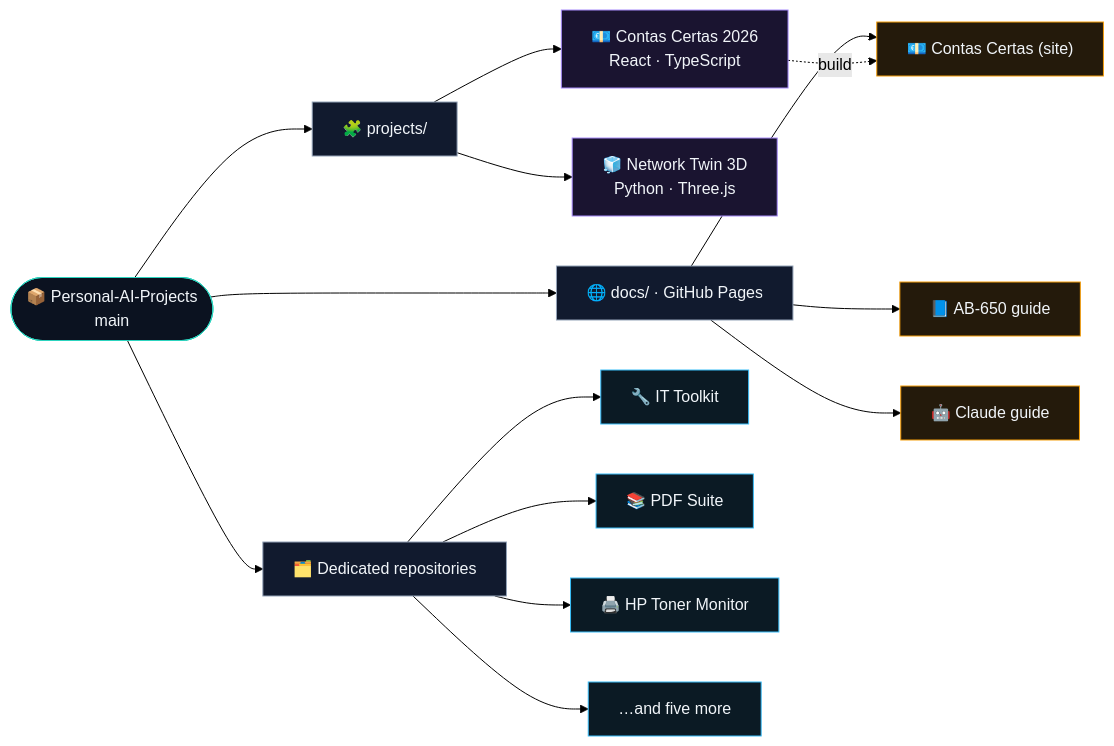
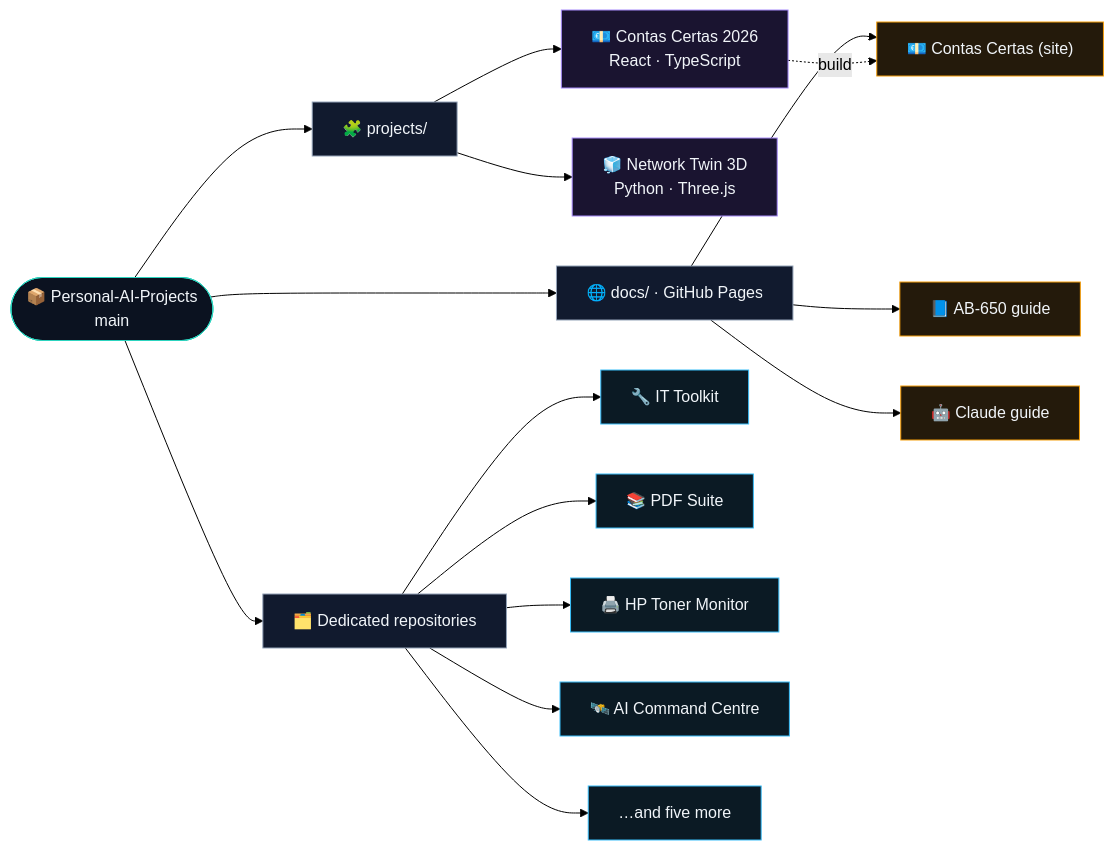
Before and after one commit to RafaDevpt/Personal-AI-Projects: the diagram in README.md, drawn with Mermaid (forest theme). The commit also changed other lines of this file, not shown here.

Commit message:
Index: add AI Command Centre to the dedicated repositories (#25)

````diff
--- a/README.md
+++ b/README.md
@@ -46,24 +46,25 @@
 ```mermaid
 flowchart LR
     hub(["📦 Personal-AI-Projects<br/>main"])
     hub --> P["🧩 projects/"]
     hub --> D["🌐 docs/ · GitHub Pages"]
     hub --> R["🗂️ Dedicated repositories"]
     P --> NT["🧊 Network Twin 3D<br/>Python · Three.js"]
     P --> CC["💶 Contas Certas 2026<br/>React · TypeScript"]
     D --> AB["📘 AB-650 guide"]
     D --> CL["🤖 Claude guide"]
     D --> CW["💶 Contas Certas (site)"]
     CC -. "build" .-> CW
     R --> T1["🔧 IT Toolkit"]
     R --> T2["📚 PDF Suite"]
     R --> T3["🖨️ HP Toner Monitor"]
-    R --> T4["…and five more"]
+    R --> T4["🛰️ AI Command Centre"]
+    R --> T5["…and five more"]
 
     classDef hubc fill:#0b1220,stroke:#2dd4bf,color:#f1f5f9;
     classDef zone fill:#111a2e,stroke:#94a3b8,color:#f1f5f9;
     classDef proj fill:#1a1430,stroke:#a78bfa,color:#f1f5f9;
     classDef site fill:#241a0b,stroke:#f59e0b,color:#f1f5f9;
     classDef ext fill:#0b1a24,stroke:#38bdf8,color:#f1f5f9;
-    class hub hubc; class P,D,R zone; class NT,CC proj; class AB,CL,CW site; class T1,T2,T3,T4 ext;
+    class hub hubc; class P,D,R zone; class NT,CC proj; class AB,CL,CW site; class T1,T2,T3,T4,T5 ext;
 ```
````
